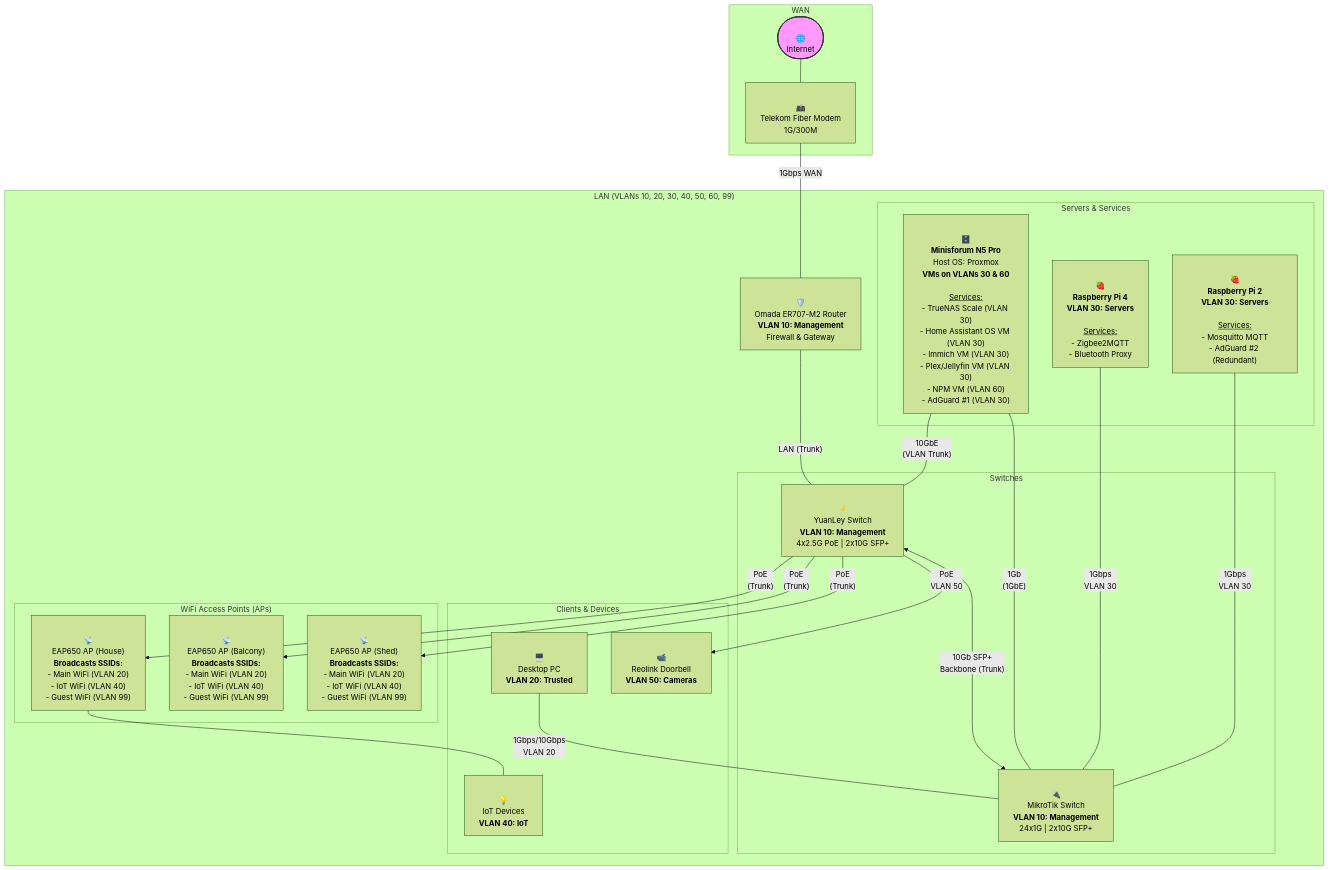
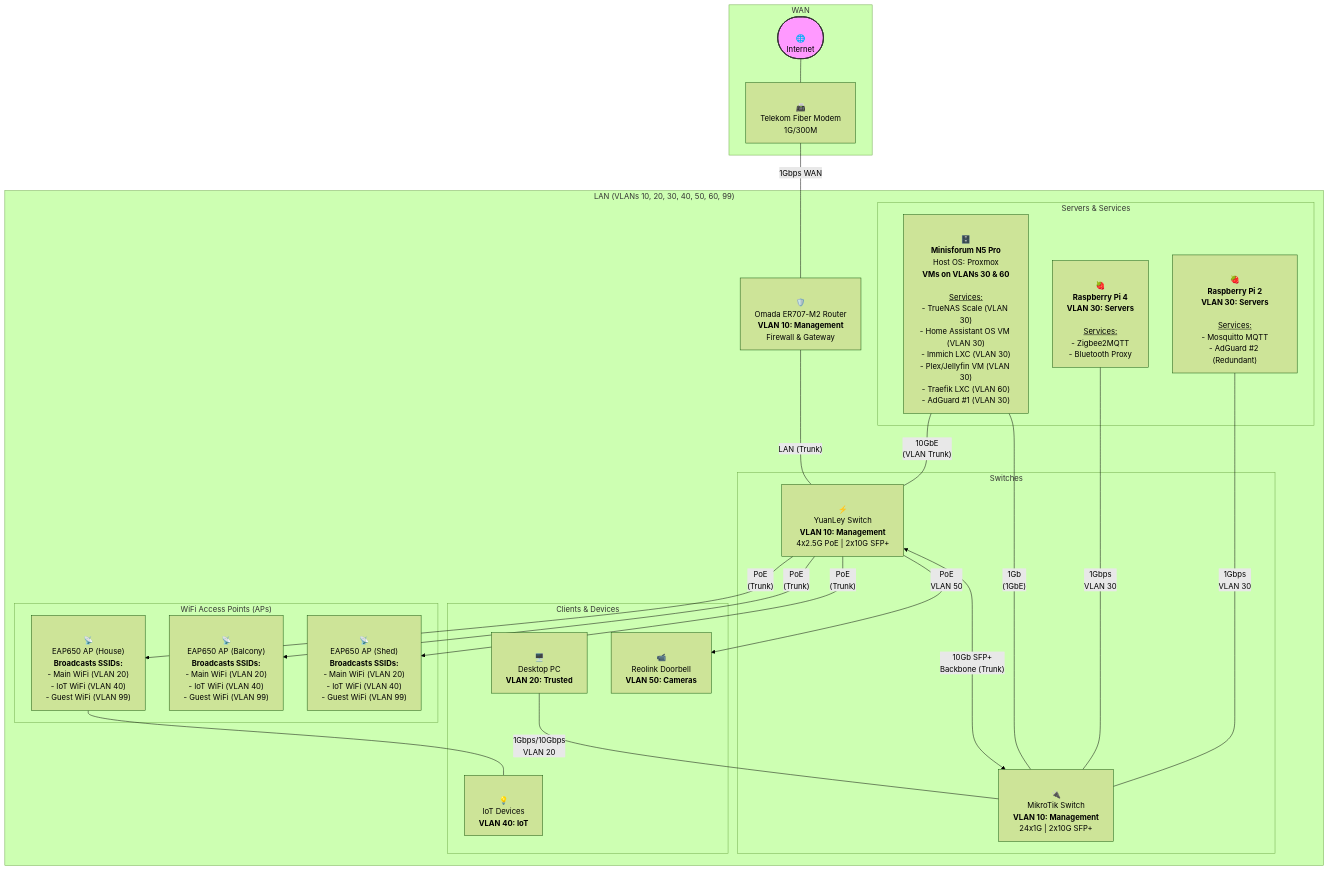
The diagram in docs/readme.md (LukaPrebil/home-network), drawn with Mermaid (forest theme) before and after one commit. The commit also changed other lines of this file and 20 other files, not shown here.

First line of the commit message:
Add Traefik reverse proxy with wildcard SSL and Immich integration

````diff
--- a/docs/readme.md
+++ b/docs/readme.md
@@ -34,58 +34,58 @@
 ```mermaid
 graph TD
     subgraph WAN
         internet([<br>🌐<br>Internet])
         style internet fill:#f9f,stroke:#333,stroke-width:2px
         modem["<br>📠<br>Telekom Fiber Modem<br>1G/300M"]
     end
 
     subgraph "LAN (VLANs 10, 20, 30, 40, 50, 60, 99)"
         router["<br>🛡️<br>Omada ER707-M2 Router<br><b>VLAN 10: Management</b><br>Firewall & Gateway"]
 
         subgraph Switches
             sw_yuanley["<br>⚡<br>YuanLey Switch<br><b>VLAN 10: Management</b><br>4x2.5G PoE | 2x10G SFP+"]
             sw_mikrotik["<br>🔌<br>MikroTik Switch<br><b>VLAN 10: Management</b><br>24x1G | 2x10G SFP+"]
         end
 
         subgraph "WiFi Access Points (APs)"
             ap1["<br>📡<br>EAP650 AP (House)<br><b>Broadcasts SSIDs:</b><br>- Main WiFi (VLAN 20)<br>- IoT WiFi (VLAN 40)<br>- Guest WiFi (VLAN 99)"]
             ap2["<br>📡<br>EAP650 AP (Balcony)<br><b>Broadcasts SSIDs:</b><br>- Main WiFi (VLAN 20)<br>- IoT WiFi (VLAN 40)<br>- Guest WiFi (VLAN 99)"]
             ap3["<br>📡<br>EAP650 AP (Shed)<br><b>Broadcasts SSIDs:</b><br>- Main WiFi (VLAN 20)<br>- IoT WiFi (VLAN 40)<br>- Guest WiFi (VLAN 99)"]
         end
         
         subgraph "Servers & Services"
-            nas["<br>🗄️<br><b>Minisforum N5 Pro</b><br>Host OS: Proxmox<br><b>VMs on VLANs 30 & 60</b><br><br><u>Services:</u><br>- TrueNAS Scale (VLAN 30)<br>- Home Assistant OS VM (VLAN 30)<br>- Immich VM (VLAN 30)<br>- Plex/Jellyfin VM (VLAN 30)<br>- NPM VM (VLAN 60)<br>- AdGuard #1 (VLAN 30)"]
+            nas["<br>🗄️<br><b>Minisforum N5 Pro</b><br>Host OS: Proxmox<br><b>VMs on VLANs 30 & 60</b><br><br><u>Services:</u><br>- TrueNAS Scale (VLAN 30)<br>- Home Assistant OS VM (VLAN 30)<br>- Immich LXC (VLAN 30)<br>- Plex/Jellyfin VM (VLAN 30)<br>- Traefik LXC (VLAN 60)<br>- AdGuard #1 (VLAN 30)"]
             rpi4["<br>🍓<br><b>Raspberry Pi 4</b><br><b>VLAN 30: Servers</b><br><br><u>Services:</u><br>- Zigbee2MQTT<br>- Bluetooth Proxy"]
             rpi2["<br>🍓<br><b>Raspberry Pi 2</b><br><b>VLAN 30: Servers</b><br><br><u>Services:</u><br>- Mosquitto MQTT<br>- AdGuard #2 (Redundant)"]
         end
 
         subgraph "Clients & Devices"
             desktop_pc["<br>🖥️<br>Desktop PC<br><b>VLAN 20: Trusted</b>"]
             doorbell["<br>📹<br>Reolink Doorbell<br><b>VLAN 50: Cameras</b>"]
             iot_devices["<br>💡<br>IoT Devices<br><b>VLAN 40: IoT</b>"]
         end
     end
 
     %% --- Connections ---
     internet --- modem
     modem ---|"1Gbps WAN"| router
     
     %% Switch Backbone
     router ---|"LAN (Trunk)"| sw_yuanley
     sw_yuanley <-->|"10Gb SFP+<br>Backbone (Trunk)"| sw_mikrotik
 
     %% Server Connections
     nas ---|"10GbE<br>(VLAN Trunk)"| sw_yuanley
     nas ---|"1Gb <br>(1GbE)"| sw_mikrotik
     rpi4 ---|"1Gbps<br>VLAN 30"| sw_mikrotik
     rpi2 ---|"1Gbps<br>VLAN 30"| sw_mikrotik
 
     %% Client & PoE Device Connections
     sw_yuanley --"PoE<br>VLAN 50"--> doorbell
     sw_yuanley --"PoE<br>(Trunk)"--> ap1
     sw_yuanley --"PoE<br>(Trunk)"--> ap2
     sw_yuanley --"PoE<br>(Trunk)"--> ap3
     desktop_pc ---|"1Gbps/10Gbps<br>VLAN 20"| sw_mikrotik
     ap1 --- iot_devices
 
 ```
````
